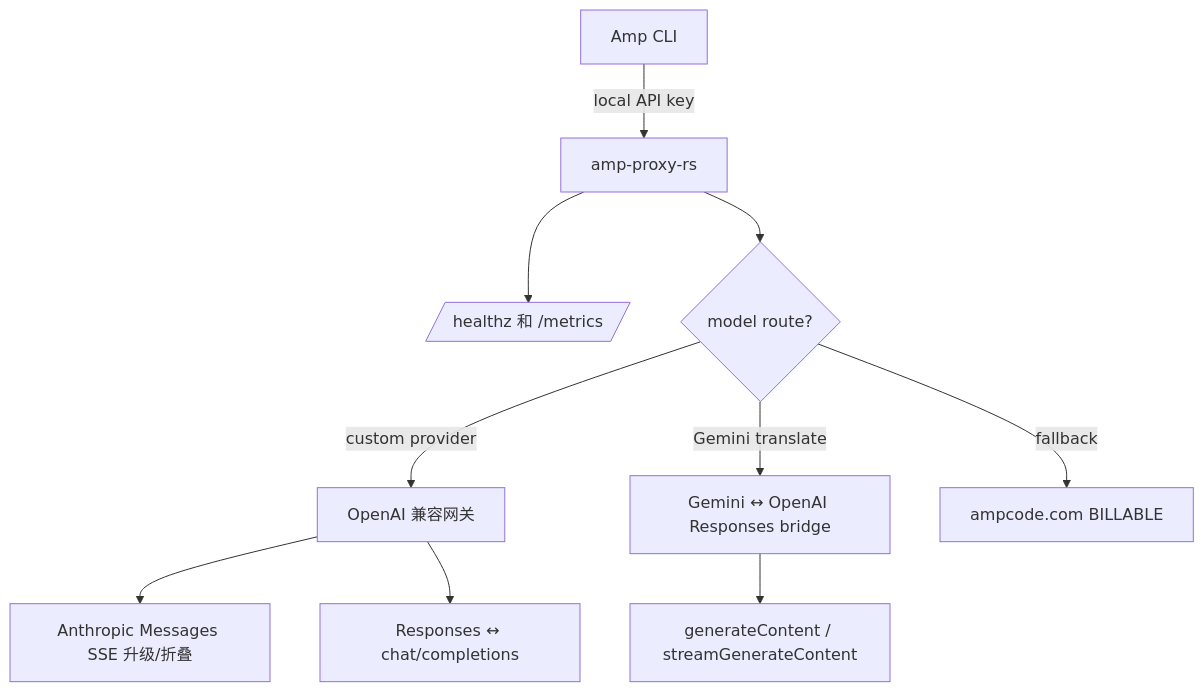
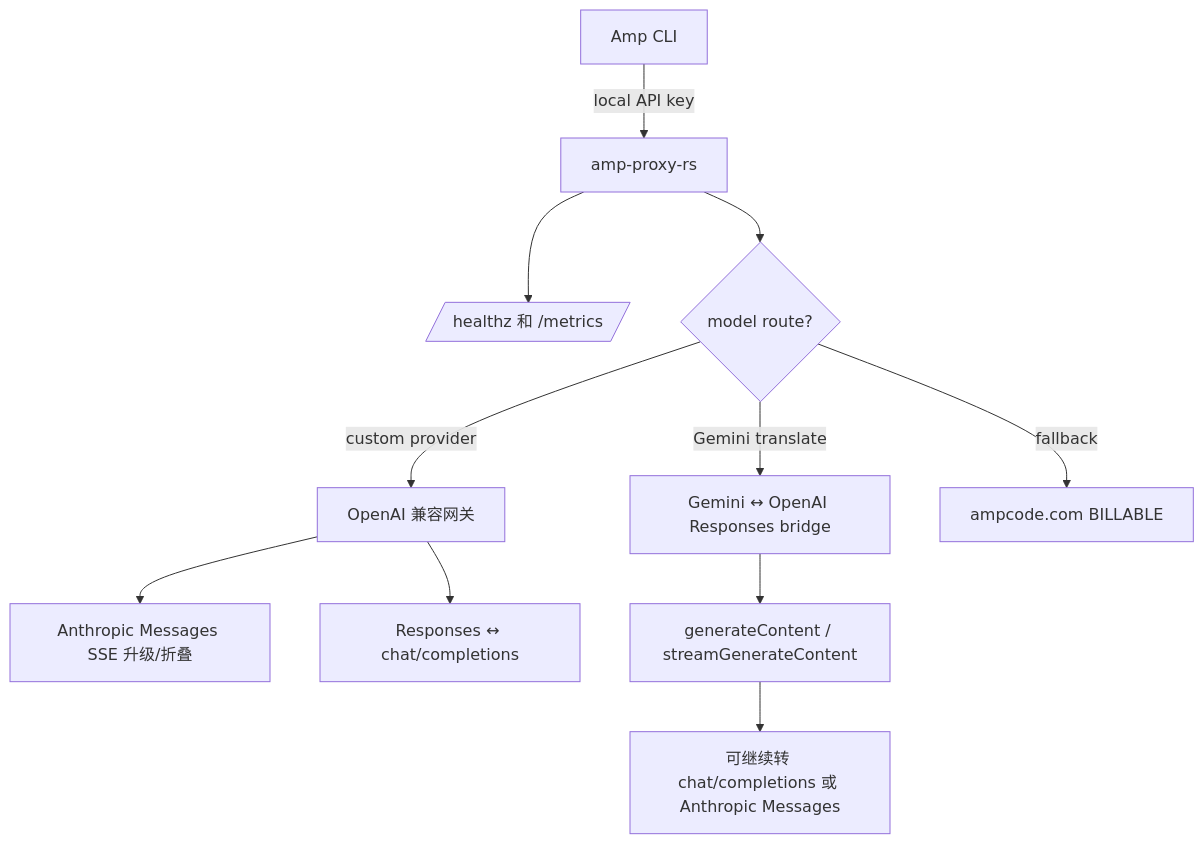
One commit to margbug01/amp-proxy-rs changed the diagram in README.md. Above: the diagram before and after it, drawn with Mermaid. The commit also changed other lines of this file and 12 other files, not shown here.

````diff
--- a/README.md
+++ b/README.md
@@ -69,12 +69,13 @@
 ```mermaid
 flowchart TD
     A[Amp CLI] -->|local API key| P[amp-proxy-rs]
     P --> H[/healthz 和 /metrics/]
     P --> R{model route?}
     R -->|custom provider| C[OpenAI 兼容网关]
     R -->|Gemini translate| G[Gemini ↔ OpenAI Responses bridge]
     R -->|fallback| B[ampcode.com BILLABLE]
     C --> T1[Anthropic Messages SSE 升级/折叠]
     C --> T2[Responses ↔ chat/completions]
     G --> T3[generateContent / streamGenerateContent]
+    T3 --> T4[可继续转 chat/completions 或 Anthropic Messages]
 ```
````
